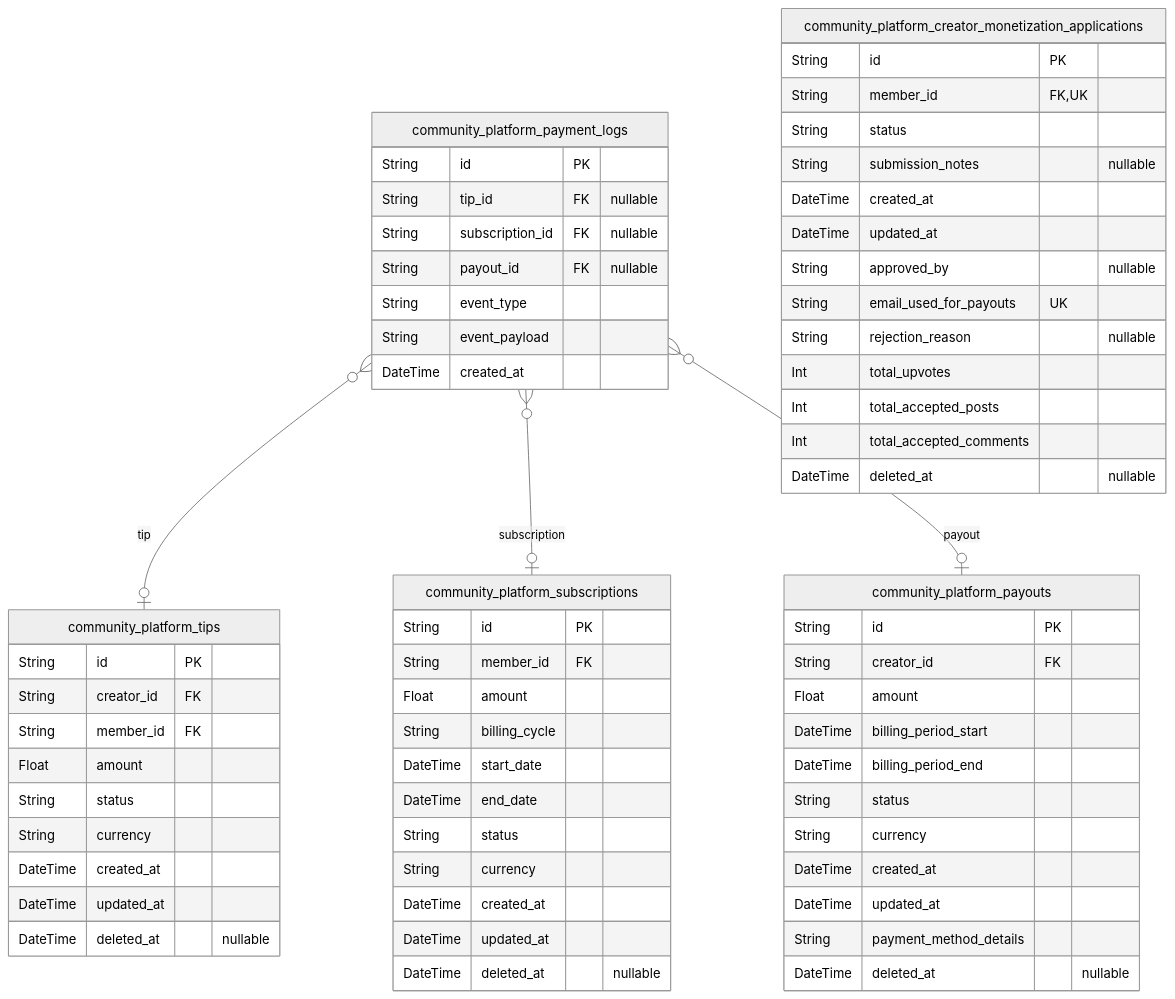
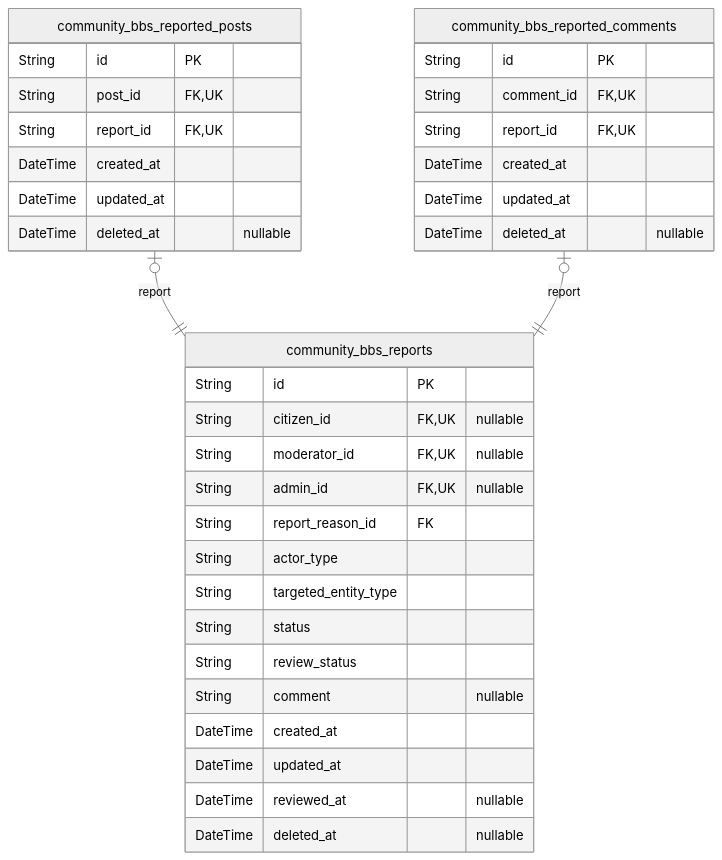
One commit to wrtnlabs/autobe-examples changed the ninth of 10 diagrams in qwen/qwen3-next-80b-a3b-instruct/reddit/docs/ERD.md. Above: the diagram before and after it, drawn with Mermaid (neutral theme). The commit also changed other lines of this file and 7173 other files, not shown here.

````diff
--- a/qwen/qwen3-next-80b-a3b-instruct/reddit/docs/ERD.md
+++ b/qwen/qwen3-next-80b-a3b-instruct/reddit/docs/ERD.md
@@ -3147,67 +1543,37 @@
 ```mermaid
 erDiagram
-"community_platform_tips" {
+"community_bbs_reports" {
   String id PK
-  String creator_id FK
-  String member_id FK
-  Float amount
+  String citizen_id FK,UK "nullable"
+  String moderator_id FK,UK "nullable"
+  String admin_id FK,UK "nullable"
+  String report_reason_id FK
+  String actor_type
+  String targeted_entity_type
   String status
-  String currency
+  String review_status
+  String comment "nullable"
+  DateTime created_at
+  DateTime updated_at
+  DateTime reviewed_at "nullable"
+  DateTime deleted_at "nullable"
+}
+"community_bbs_reported_posts" {
+  String id PK
+  String post_id FK,UK
+  String report_id FK,UK
   DateTime created_at
   DateTime updated_at
   DateTime deleted_at "nullable"
 }
-"community_platform_subscriptions" {
+"community_bbs_reported_comments" {
   String id PK
-  String member_id FK
-  Float amount
-  String billing_cycle
-  DateTime start_date
-  DateTime end_date
-  String status
-  String currency
+  String comment_id FK,UK
+  String report_id FK,UK
   DateTime created_at
   DateTime updated_at
   DateTime deleted_at "nullable"
 }
-"community_platform_payouts" {
-  String id PK
-  String creator_id FK
-  Float amount
-  DateTime billing_period_start
-  DateTime billing_period_end
-  String status
-  String currency
-  DateTime created_at
-  DateTime updated_at
-  String payment_method_details
-  DateTime deleted_at "nullable"
-}
-"community_platform_payment_logs" {
-  String id PK
-  String tip_id FK "nullable"
-  String subscription_id FK "nullable"
-  String payout_id FK "nullable"
-  String event_type
-  String event_payload
-  DateTime created_at
-}
-"community_platform_creator_monetization_applications" {
-  String id PK
-  String member_id FK,UK
-  String status
-  String submission_notes "nullable"
-  DateTime created_at
-  DateTime updated_at
-  String approved_by "nullable"
-  String email_used_for_payouts UK
-  String rejection_reason "nullable"
-  Int total_upvotes
-  Int total_accepted_posts
-  Int total_accepted_comments
-  DateTime deleted_at "nullable"
-}
-"community_platform_payment_logs" }o--o| "community_platform_tips" : tip
-"community_platform_payment_logs" }o--o| "community_platform_subscriptions" : subscription
-"community_platform_payment_logs" }o--o| "community_platform_payouts" : payout
+"community_bbs_reported_posts" |o--|| "community_bbs_reports" : report
+"community_bbs_reported_comments" |o--|| "community_bbs_reports" : report
 ```
````
